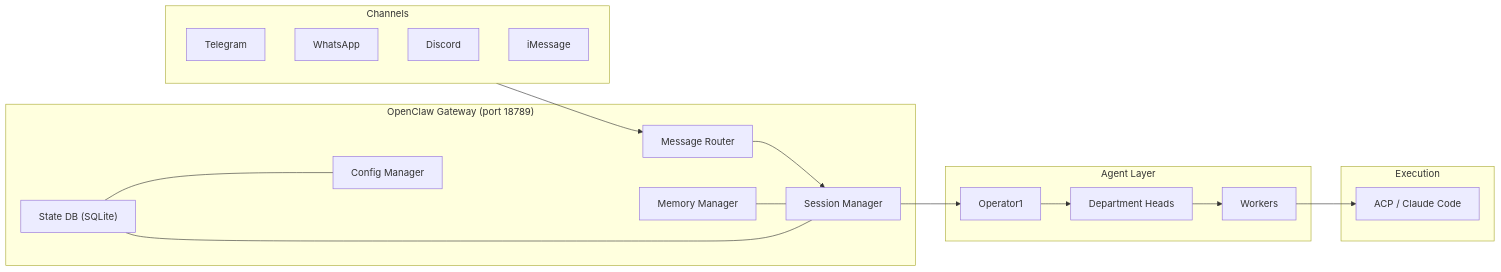
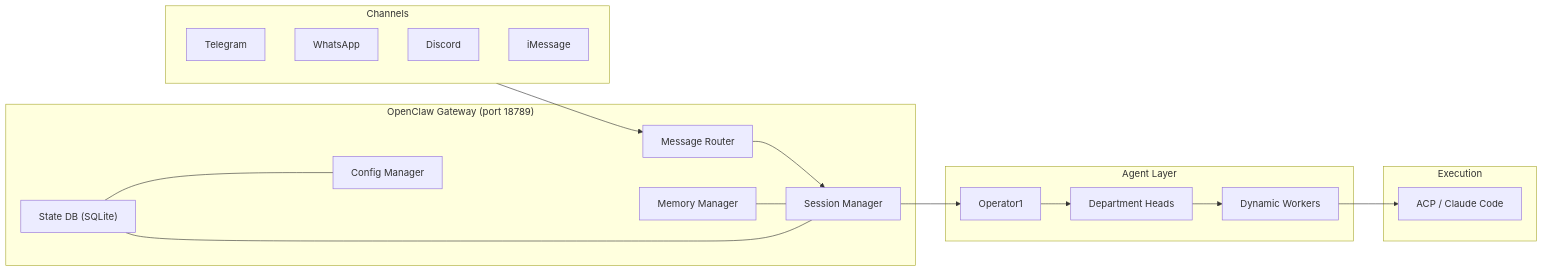
The second of 2 diagrams in docs/operator1/architecture.md (openclaw/openclaw), drawn with Mermaid before and after one commit. The commit also changed other lines of this file and 343 other files, not shown here.

````diff
--- a/docs/operator1/architecture.md
+++ b/docs/operator1/architecture.md
@@ -129,38 +127,38 @@
 ```mermaid
 flowchart LR
     subgraph Channels
         TG["Telegram"]
         WA["WhatsApp"]
         DC["Discord"]
         IM["iMessage"]
     end
 
     subgraph Gateway["OpenClaw Gateway (port 18789)"]
         Router["Message Router"]
         Sessions["Session Manager"]
         Memory["Memory Manager"]
         Config["Config Manager"]
         StateDB["State DB (SQLite)"]
     end
 
     subgraph Agents["Agent Layer"]
         OP1["Operator1"]
         Heads["Department Heads"]
-        Workers["Workers"]
+        Workers["Dynamic Workers"]
     end
 
     subgraph Backend["Execution"]
         ACP["ACP / Claude Code"]
     end
 
     Channels --> Router
     Router --> Sessions
     Sessions --> OP1
     OP1 --> Heads
     Heads --> Workers
     Workers --> ACP
     Memory --- Sessions
     Config --- Gateway
     StateDB --- Sessions
     StateDB --- Config
 ```
````
